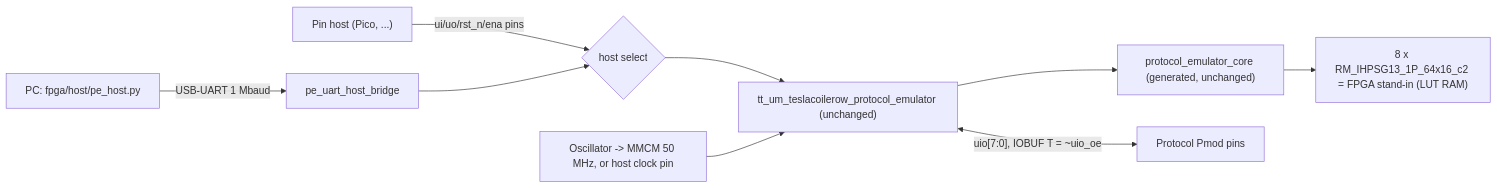
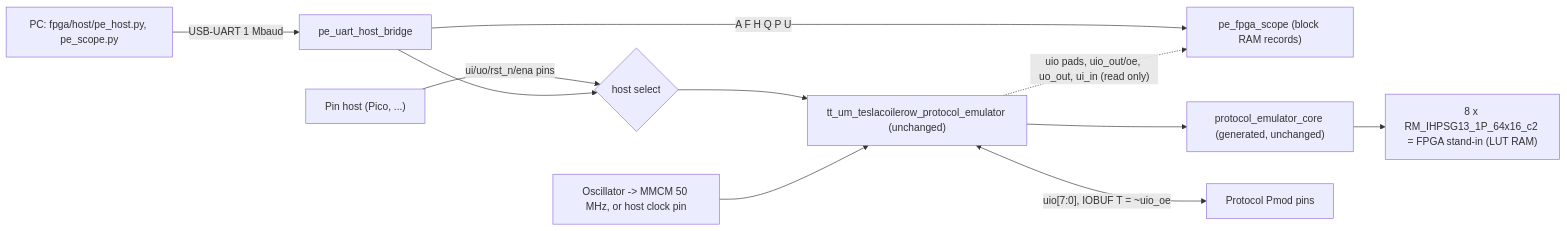
One commit to TeslaCoilerOW/ttihp-protocol-emulator changed the diagram in docs/fpga.md. Above: the diagram before and after it, drawn with Mermaid. The commit also changed other lines of this file and 43 other files, not shown here.

````diff
--- a/docs/fpga.md
+++ b/docs/fpga.md
@@ -31,11 +45,13 @@
 ```mermaid
 flowchart LR
-    PC["PC: fpga/host/pe_host.py"] -- "USB-UART 1 Mbaud" --> BR["pe_uart_host_bridge"]
+    PC["PC: fpga/host/pe_host.py, pe_scope.py"] -- "USB-UART 1 Mbaud" --> BR["pe_uart_host_bridge"]
     PICO["Pin host (Pico, ...)"] -- "ui/uo/rst_n/ena pins" --> MUX
     BR --> MUX{"host select"}
+    BR -- "A F H Q P U" --> SC["pe_fpga_scope (block RAM records)"]
+    TT -. "uio pads, uio_out/oe, uo_out, ui_in (read only)" .-> SC
     MUX --> TT["tt_um_teslacoilerow_protocol_emulator (unchanged)"]
     TT --> CORE["protocol_emulator_core (generated, unchanged)"]
     CORE --> SRAM["8 x RM_IHPSG13_1P_64x16_c2 = FPGA stand-in (LUT RAM)"]
     TT <-- "uio[7:0], IOBUF T = ~uio_oe" --> PMOD["Protocol Pmod pins"]
     CLK["Oscillator -> MMCM 50 MHz, or host clock pin"] --> TT
 ```
````
